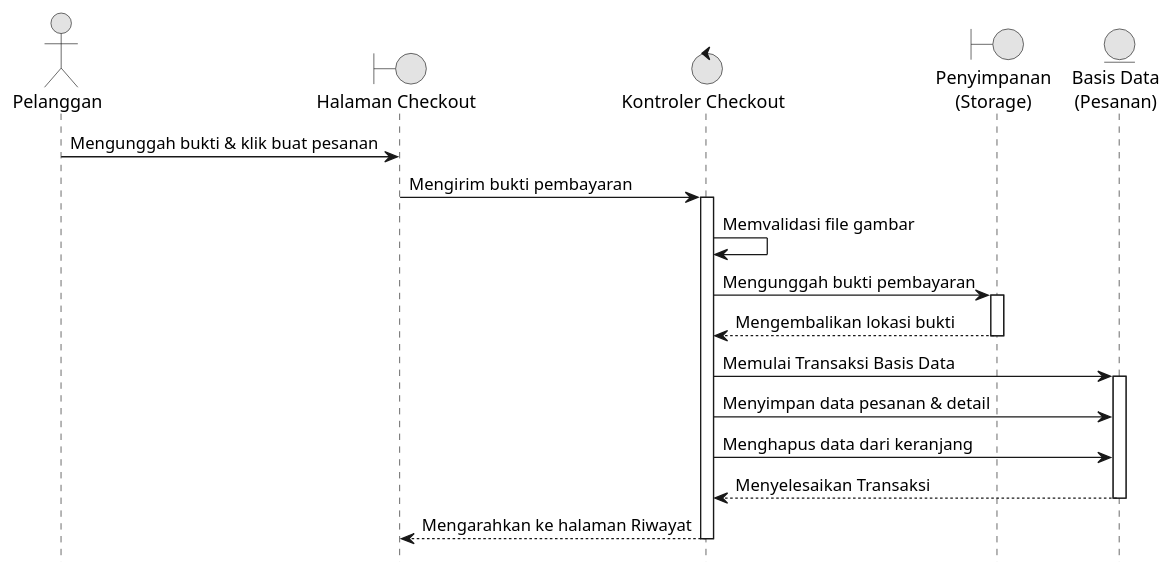
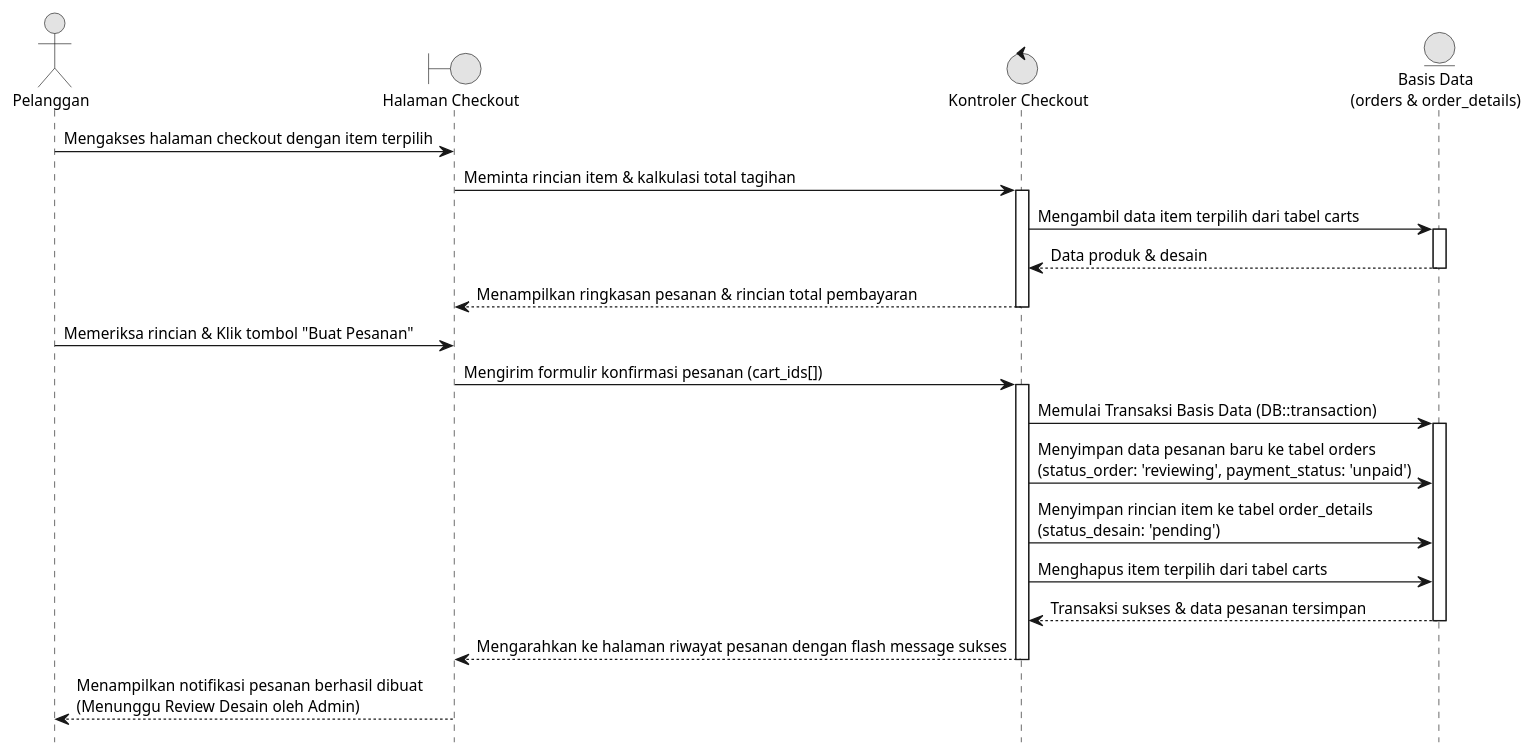
The fifth of 11 diagrams in docs/diagrams/semua_diagram.puml (Reyonl/project_TA), drawn with PlantUML before and after one commit. The commit also changed other lines of this file and 25 other files, not shown here.

Commit message:
docs: regenerate thesis diagrams, add class/LRS diagrams and viewers

```diff
--- a/docs/diagrams/semua_diagram.puml
+++ b/docs/diagrams/semua_diagram.puml
@@ -103,28 +156,39 @@
 @startuml 04_Checkout_Pesanan
 hide footbox
+skinparam backgroundColor white
 skinparam monochrome true
 skinparam shadowing false
+skinparam DefaultFontName Arial
+skinparam DefaultFontSize 12
 
 actor "Pelanggan" as Customer
 boundary "Halaman Checkout" as View
 control "Kontroler Checkout" as Controller
-boundary "Penyimpanan\n(Storage)" as Storage
-entity "Basis Data\n(Pesanan)" as DB
+entity "Basis Data\n(orders & order_details)" as DB
 
-Customer -> View : Mengunggah bukti & klik buat pesanan
-View -> Controller : Mengirim bukti pembayaran
+Customer -> View : Mengakses halaman checkout dengan item terpilih
+View -> Controller : Meminta rincian item & kalkulasi total tagihan
 activate Controller
-Controller -> Controller : Memvalidasi file gambar
-Controller -> Storage : Mengunggah bukti pembayaran
-activate Storage
-Storage --> Controller : Mengembalikan lokasi bukti
-deactivate Storage
-Controller -> DB : Memulai Transaksi Basis Data
+Controller -> DB : Mengambil data item terpilih dari tabel carts
 activate DB
-Controller -> DB : Menyimpan data pesanan & detail
-Controller -> DB : Menghapus data dari keranjang
-DB --> Controller : Menyelesaikan Transaksi
+DB --> Controller : Data produk & desain
 deactivate DB
-Controller --> View : Mengarahkan ke halaman Riwayat
+Controller --> View : Menampilkan ringkasan pesanan & rincian total pembayaran
 deactivate Controller
+
+Customer -> View : Memeriksa rincian & Klik tombol "Buat Pesanan"
+View -> Controller : Mengirim formulir konfirmasi pesanan (cart_ids[])
+activate Controller
+
+Controller -> DB : Memulai Transaksi Basis Data (DB::transaction)
+activate DB
+Controller -> DB : Menyimpan data pesanan baru ke tabel orders\n(status_order: 'reviewing', payment_status: 'unpaid')
+Controller -> DB : Menyimpan rincian item ke tabel order_details\n(status_desain: 'pending')
+Controller -> DB : Menghapus item terpilih dari tabel carts
+DB --> Controller : Transaksi sukses & data pesanan tersimpan
+deactivate DB
+
+Controller --> View : Mengarahkan ke halaman riwayat pesanan dengan flash message sukses
+deactivate Controller
+View --> Customer : Menampilkan notifikasi pesanan berhasil dibuat\n(Menunggu Review Desain oleh Admin)
 @enduml
```
